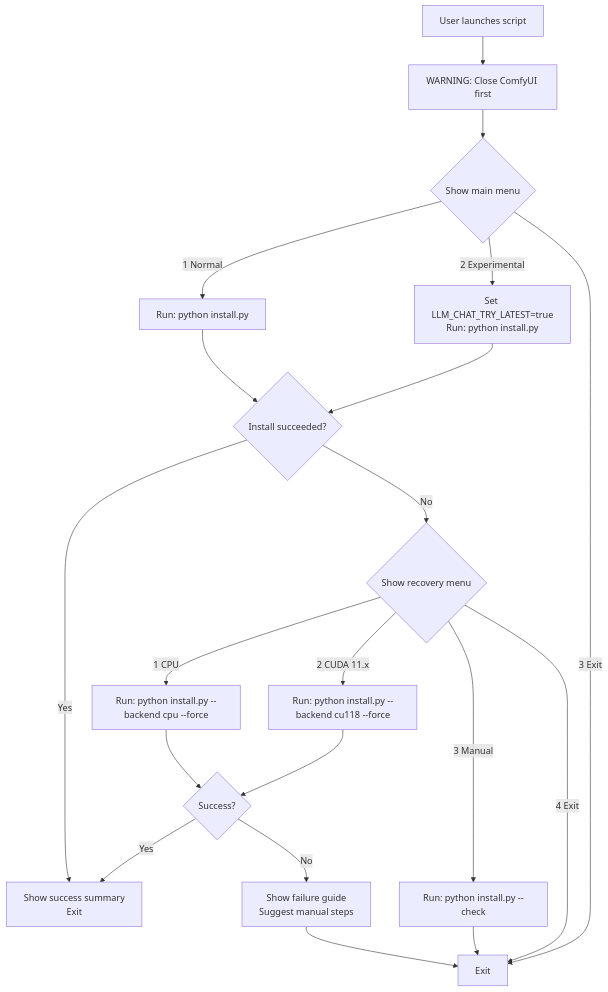
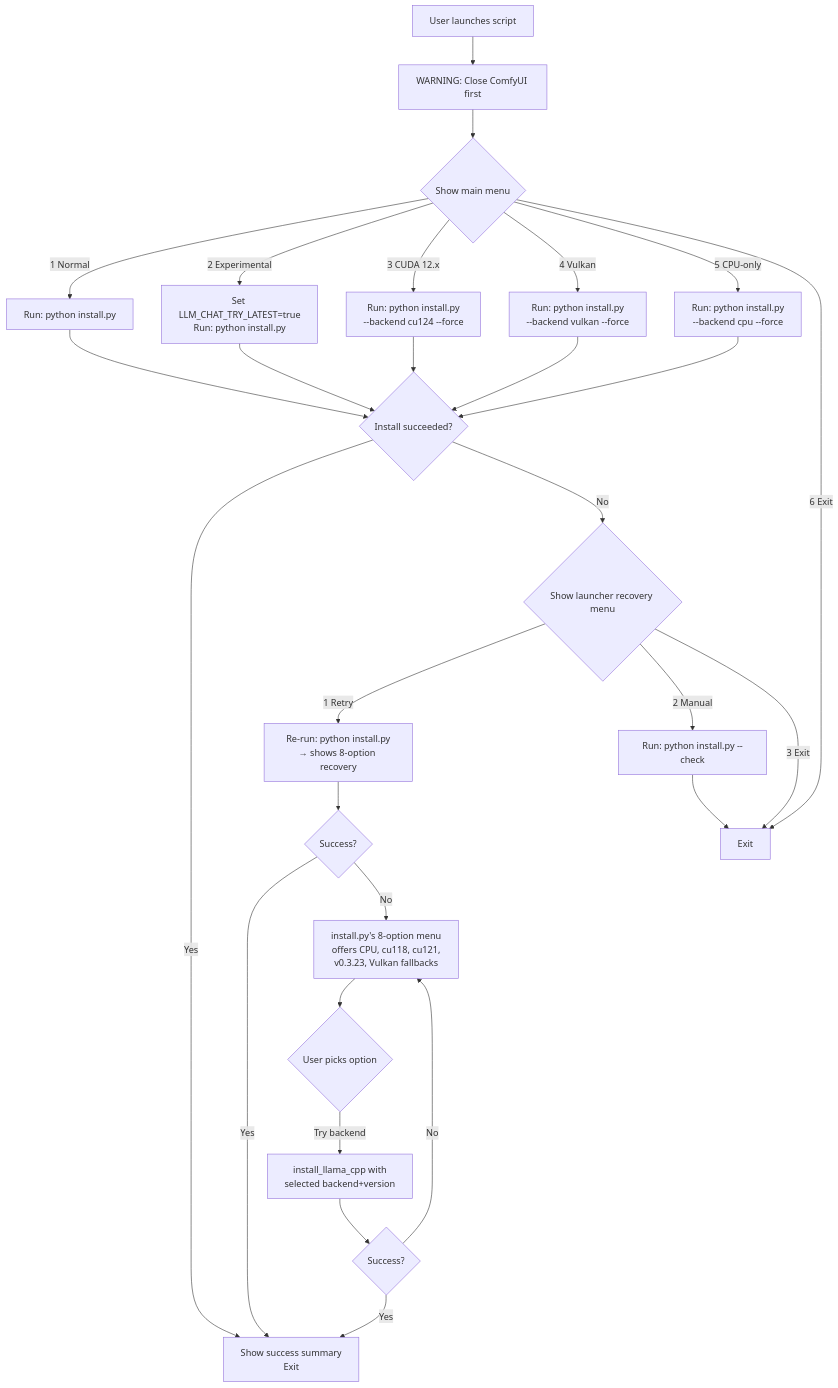
The diagram in launchers/README.md (Terpentinas/ComfyUI-EasyLLM), drawn with Mermaid before and after one commit. The commit also changed other lines of this file and 11 other files, not shown here.

````diff
--- a/launchers/README.md
+++ b/launchers/README.md
@@ -125,28 +135,36 @@
 ```mermaid
 flowchart TD
     A[User launches script] --> B[WARNING: Close ComfyUI first]
     B --> C{Show main menu}
+
     C -->|1 Normal| D[Run: python install.py]
     C -->|2 Experimental| E[Set LLM_CHAT_TRY_LATEST=true<br>Run: python install.py]
-    C -->|3 Exit| F[Exit]
+    C -->|3 CUDA 12.x| F[Run: python install.py<br>--backend cu124 --force]
+    C -->|4 Vulkan| G[Run: python install.py<br>--backend vulkan --force]
+    C -->|5 CPU-only| H[Run: python install.py<br>--backend cpu --force]
+    C -->|6 Exit| I[Exit]
 
-    D --> G{Install succeeded?}
-    E --> G
-    
-    G -->|Yes| H[Show success summary<br>Exit]
-    G -->|No| I{Show recovery menu}
-    
-    I -->|1 CPU| J[Run: python install.py --backend cpu --force]
-    I -->|2 CUDA 11.x| K[Run: python install.py --backend cu118 --force]
-    I -->|3 Manual| L[Run: python install.py --check]
-    I -->|4 Exit| F
-    
-    J --> M{Success?}
-    K --> M
-    
-    M -->|Yes| H
-    M -->|No| N[Show failure guide<br>Suggest manual steps]
-    N --> F
-    
-    L --> F
+    D --> J{Install succeeded?}
+    E --> J
+    F --> J
+    G --> J
+    H --> J
+
+    J -->|Yes| K[Show success summary<br>Exit]
+    J -->|No| L{Show launcher recovery menu}
+
+    L -->|1 Retry| M[Re-run: python install.py<br>→ shows 8-option recovery]
+    L -->|2 Manual| N[Run: python install.py --check]
+    L -->|3 Exit| I
+
+    M --> O{Success?}
+    O -->|Yes| K
+    O -->|No| P[install.py's 8-option menu<br>offers CPU, cu118, cu121,<br>v0.3.23, Vulkan fallbacks]
+    P --> Q{User picks option}
+    Q -->|Try backend| R[install_llama_cpp with<br>selected backend+version]
+    R --> S{Success?}
+    S -->|Yes| K
+    S -->|No| P
+
+    N --> I
 ```
````
